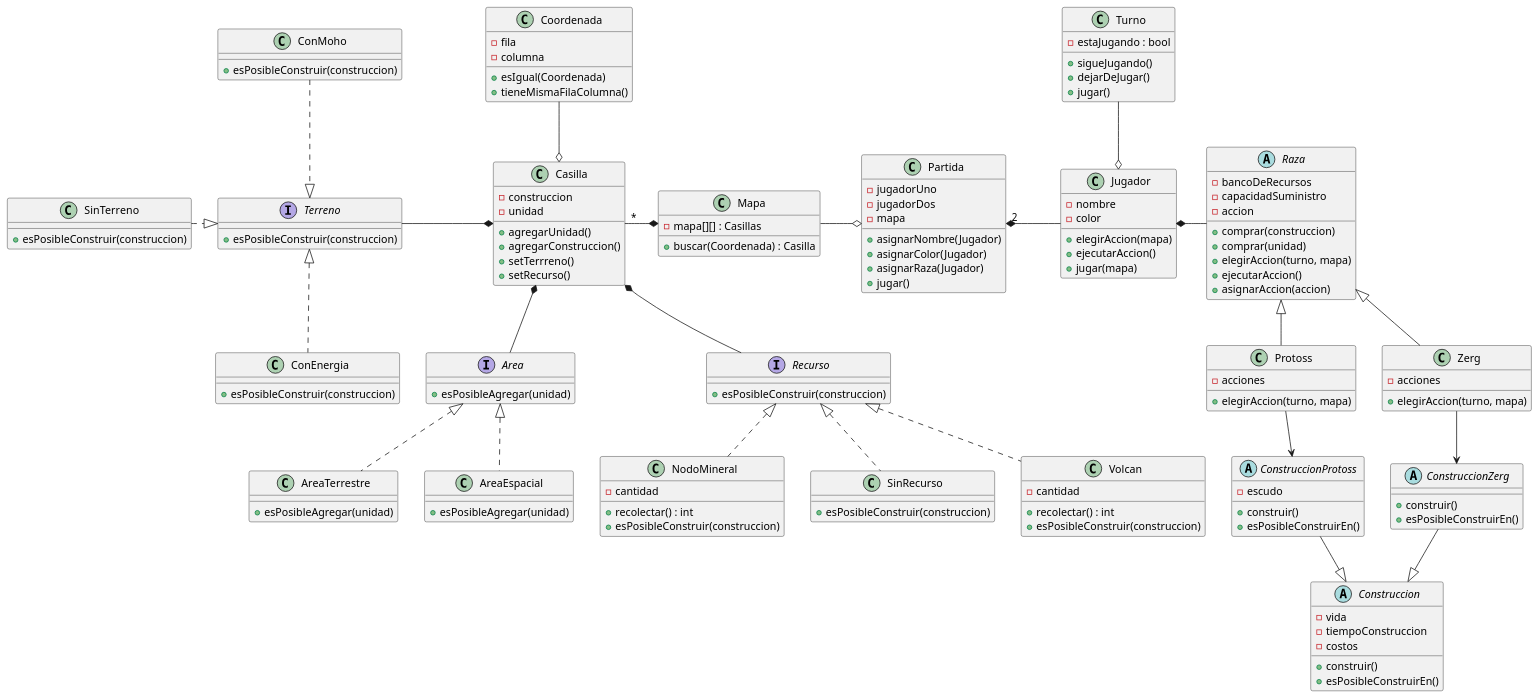
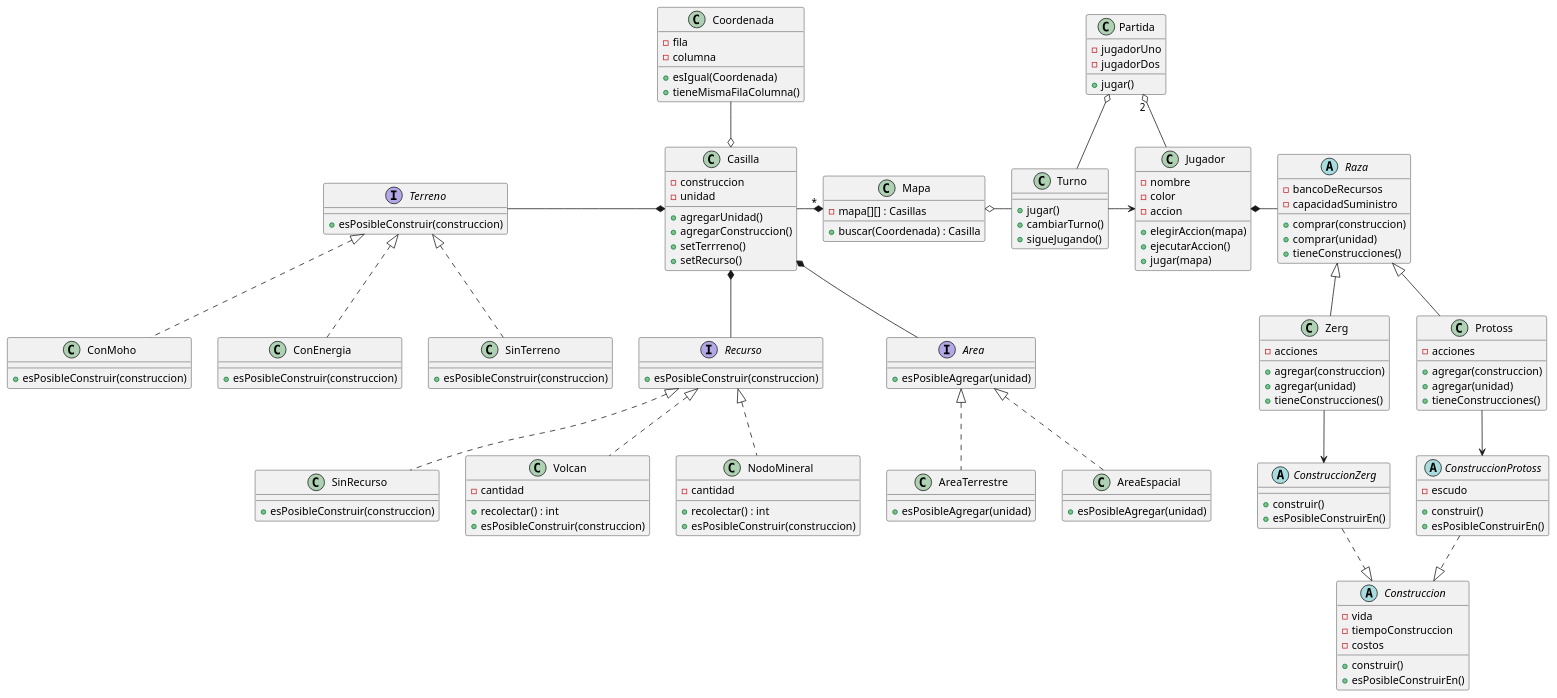
The diagram in diagrams/classes/Modelo3/ModeloGeneralVersion03.puml (GiaWong/Algo3_TP2_2C2022), drawn with PlantUML before and after one commit. The commit also changed 23 other files, not shown here.

```diff
--- a/diagrams/classes/Modelo3/ModeloGeneralVersion03.puml
+++ b/diagrams/classes/Modelo3/ModeloGeneralVersion03.puml
@@ -1,177 +1,176 @@
 @startuml
 'https://plantuml.com/class-diagram
 
 class Partida {
     - jugadorUno
     - jugadorDos
-    - mapa
 
-    + asignarNombre(Jugador)
-    + asignarColor(Jugador)
-    + asignarRaza(Jugador)
     + jugar()
 }
 
 class Jugador {
     - nombre
     - color
+    - accion
 
     + elegirAccion(mapa)
     + ejecutarAccion()
     + jugar(mapa)
 }
 
 abstract class Raza {
     - bancoDeRecursos
     - capacidadSuministro
-    - accion
 
     + comprar(construccion)
     + comprar(unidad)
-    + elegirAccion(turno, mapa)
-    + ejecutarAccion()
-    + asignarAccion(accion)
+    + tieneConstrucciones()
 }
 
 class Zerg {
     - acciones
-    + elegirAccion(turno, mapa)
+    + agregar(construccion)
+    + agregar(unidad)
+    + tieneConstrucciones()
 }
 
 class Protoss {
     - acciones
-    + elegirAccion(turno, mapa)
+    + agregar(construccion)
+    + agregar(unidad)
+    + tieneConstrucciones()
 }
 
 abstract class Construccion {
     - vida
     - tiempoConstruccion
     - costos
     + construir()
     + esPosibleConstruirEn()
 }
 
 abstract class ConstruccionZerg {
     + construir()
     + esPosibleConstruirEn()
 }
 
 abstract class ConstruccionProtoss {
     - escudo
     + construir()
     + esPosibleConstruirEn()
 }
 
 class Mapa {
     - mapa[][] : Casillas
 
     + buscar(Coordenada) : Casilla
 }
 
 class Casilla {
 
     - construccion
     - unidad
 
     + agregarUnidad()
     + agregarConstruccion()
     + setTerrreno()
     + setRecurso()
 }
 
 class Coordenada {
     - fila
     - columna
 
     +esIgual(Coordenada)
     +tieneMismaFilaColumna()
 }
 
 class SinRecurso {
     + esPosibleConstruir(construccion)
 }
 
 interface Terreno {
     + esPosibleConstruir(construccion)
 }
 
 class ConMoho {
     + esPosibleConstruir(construccion)
 }
 
 class ConEnergia {
     + esPosibleConstruir(construccion)
 }
 
 class SinTerreno {
     + esPosibleConstruir(construccion)
 }
 
 class Volcan {
     - cantidad
     + recolectar() : int
     + esPosibleConstruir(construccion)
 }
 
 class NodoMineral {
     - cantidad
     + recolectar() : int
     + esPosibleConstruir(construccion)
 }
 
 class Turno {
-    - estaJugando : bool
+
+    +jugar()
+    +cambiarTurno()
     +sigueJugando()
-    +dejarDeJugar()
-    +jugar()
-
 }
 
 interface Recurso {
     + esPosibleConstruir(construccion)
 }
 
 
-Partida "2" *- Jugador
-Mapa -o Partida
-Jugador o-up- Turno
+Partida "2" o-- Jugador
+Partida o-- Turno
+Turno -> Jugador
 
 Jugador *- Raza
 Raza <|-- Zerg
 Raza <|-- Protoss
-
 Zerg --> ConstruccionZerg
 Protoss --> ConstruccionProtoss
-ConstruccionProtoss --|> Construccion
-ConstruccionZerg --|> Construccion
+ConstruccionZerg ..|> Construccion
+ConstruccionProtoss ..|> Construccion
 
-Casilla "*" -* Mapa
-Terreno -* Casilla
+Mapa o- Turno
+Casilla -* "*" Mapa
 Coordenada --o Casilla
+
+Casilla *-left- Terreno
+Terreno <|.. ConEnergia
+Terreno <|.. ConMoho
+Terreno <|.. SinTerreno
+
 Casilla *-- Recurso
-
 Recurso <|.. Volcan
 Recurso <|.. NodoMineral
 Recurso <|.. SinRecurso
-
-ConMoho ..|> Terreno
-Terreno <|.. ConEnergia
-SinTerreno .|> Terreno
 
 interface Area{
  +esPosibleAgregar(unidad)
 }
 class AreaTerrestre{
 +esPosibleAgregar(unidad)
 }
 class AreaEspacial{
 +esPosibleAgregar(unidad)
 }
 
 Casilla *-- Area
+Area <|.. AreaEspacial
 Area <|.. AreaTerrestre
-Area <|.. AreaEspacial
+
+
 
 
 
 @enduml
```
